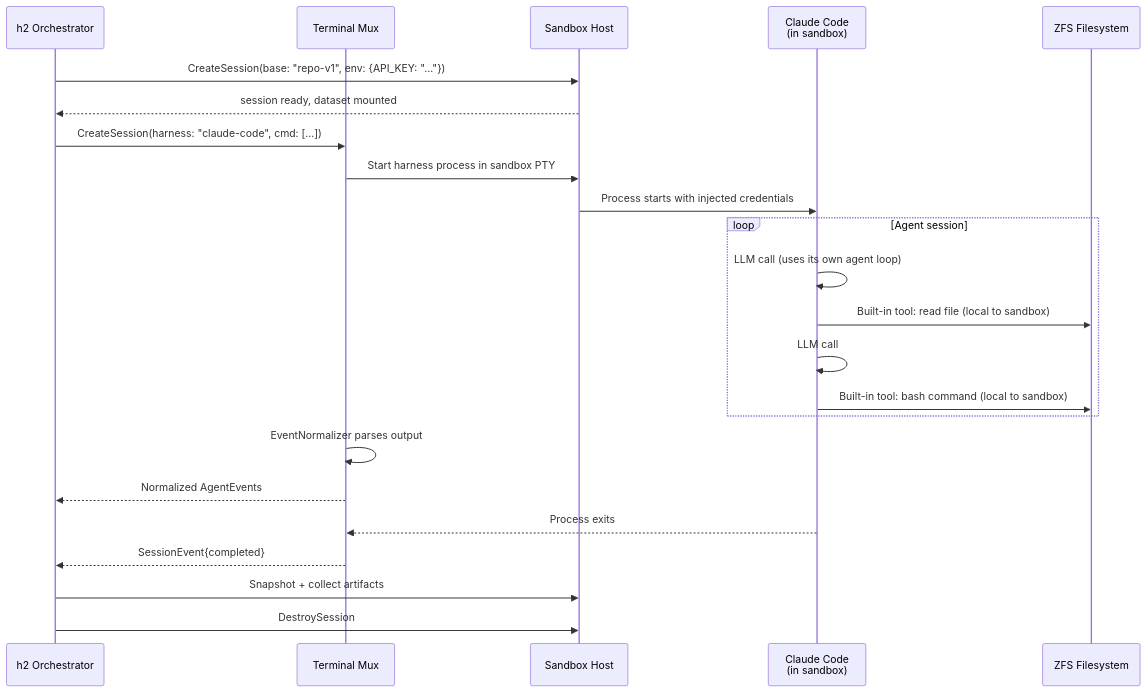
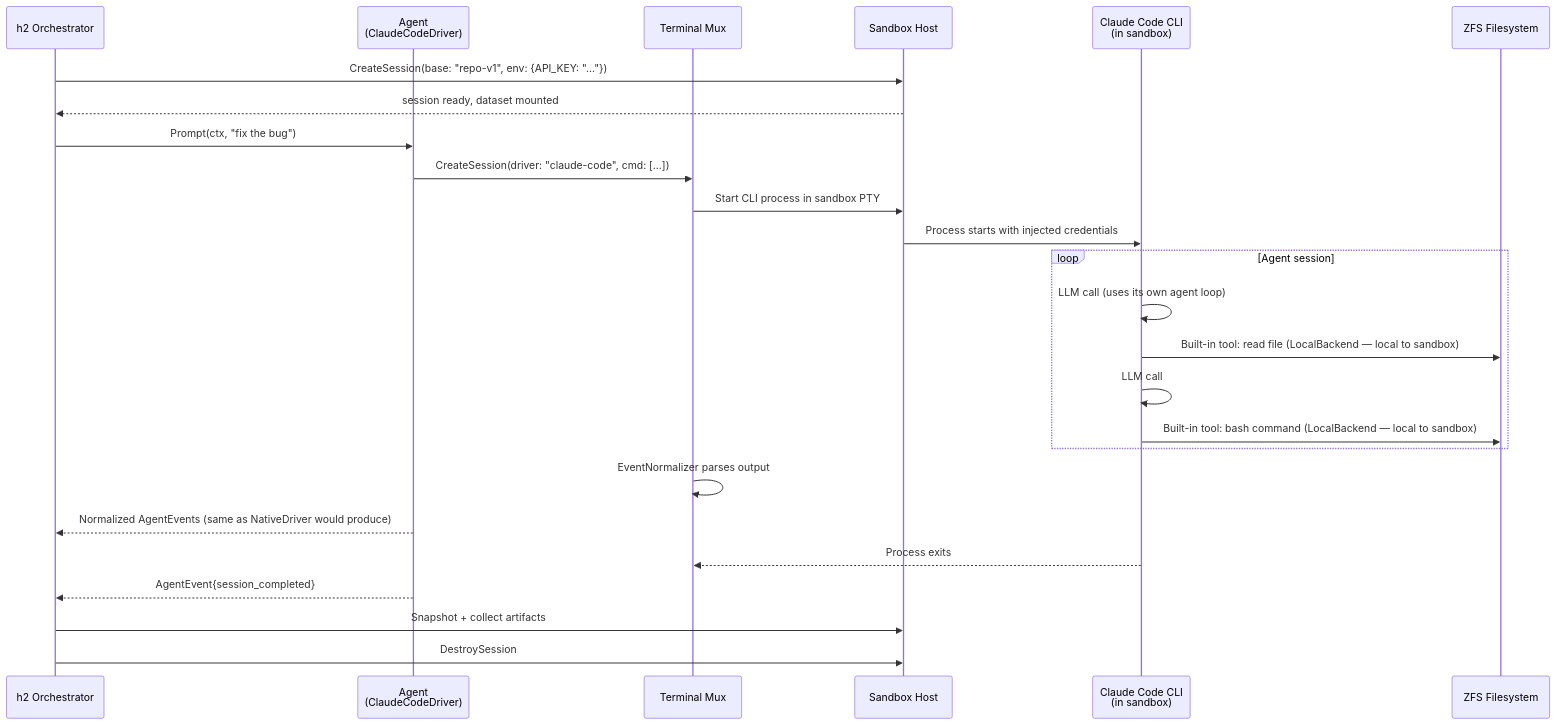
One commit to dcosson/flex-agent-runtime changed the ninth of 10 diagrams in docs/plans/00-architecture.md. Above: the diagram before and after it, drawn with Mermaid. The commit also changed other lines of this file and 3 other files, not shown here.

````diff
--- a/docs/plans/00-architecture.md
+++ b/docs/plans/00-architecture.md
@@ -719,30 +791,32 @@
 ```mermaid
 sequenceDiagram
     participant H2 as h2 Orchestrator
+    participant Agent as Agent<br/>(ClaudeCodeDriver)
     participant TMux as Terminal Mux
     participant SH as Sandbox Host
-    participant Harness as Claude Code<br/>(in sandbox)
+    participant CLI as Claude Code CLI<br/>(in sandbox)
     participant ZFS as ZFS Filesystem
 
     H2->>SH: CreateSession(base: "repo-v1", env: {API_KEY: "..."})
     SH-->>H2: session ready, dataset mounted
 
-    H2->>TMux: CreateSession(harness: "claude-code", cmd: [...])
-    TMux->>SH: Start harness process in sandbox PTY
-    SH->>Harness: Process starts with injected credentials
+    H2->>Agent: Prompt(ctx, "fix the bug")
+    Agent->>TMux: CreateSession(driver: "claude-code", cmd: [...])
+    TMux->>SH: Start CLI process in sandbox PTY
+    SH->>CLI: Process starts with injected credentials
 
     loop Agent session
-        Harness->>Harness: LLM call (uses its own agent loop)
-        Harness->>ZFS: Built-in tool: read file (local to sandbox)
-        Harness->>Harness: LLM call
-        Harness->>ZFS: Built-in tool: bash command (local to sandbox)
+        CLI->>CLI: LLM call (uses its own agent loop)
+        CLI->>ZFS: Built-in tool: read file (LocalBackend — local to sandbox)
+        CLI->>CLI: LLM call
+        CLI->>ZFS: Built-in tool: bash command (LocalBackend — local to sandbox)
     end
 
     TMux->>TMux: EventNormalizer parses output
-    TMux-->>H2: Normalized AgentEvents
+    Agent-->>H2: Normalized AgentEvents (same as NativeDriver would produce)
 
-    Harness-->>TMux: Process exits
-    TMux-->>H2: SessionEvent{completed}
+    CLI-->>TMux: Process exits
+    Agent-->>H2: AgentEvent{session_completed}
     H2->>SH: Snapshot + collect artifacts
     H2->>SH: DestroySession
 ```
````
